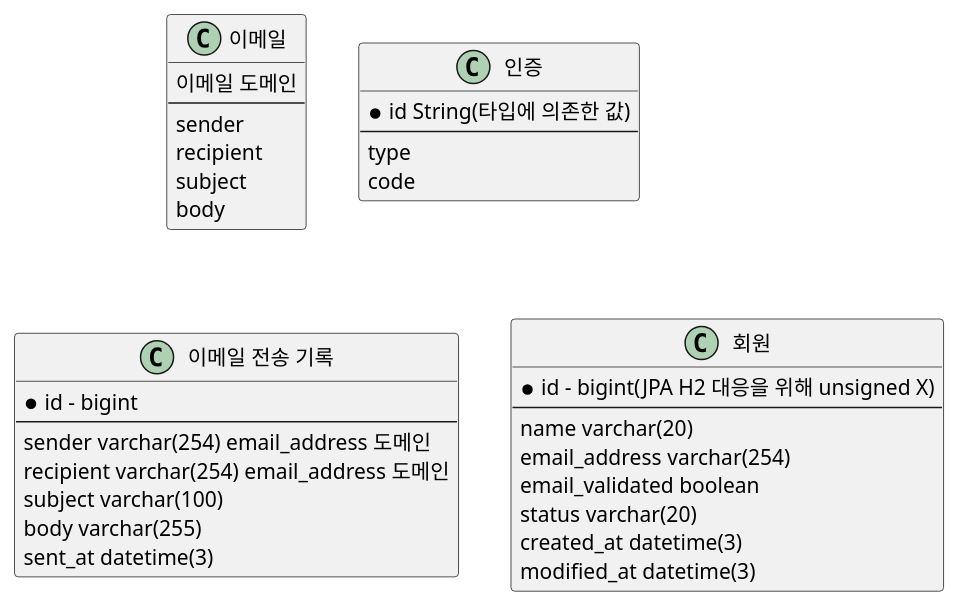
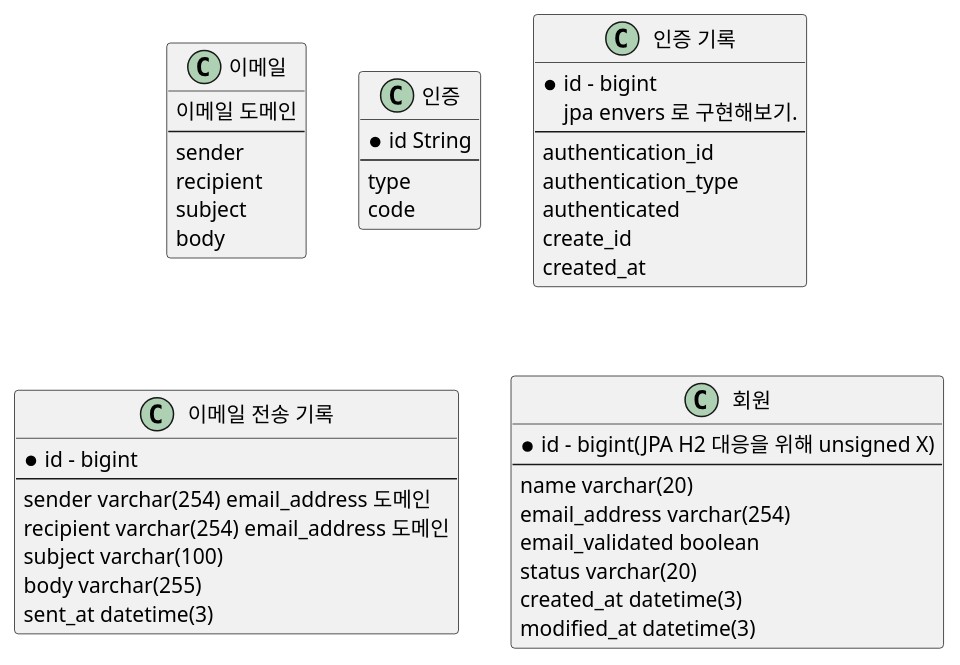
Before and after one commit to dykim-base-project/boot2-hexagonal: the diagram in .uml/Domain.puml, drawn with PlantUML. The commit also changed 21 other files, not shown here.

```diff
--- a/.uml/Domain.puml
+++ b/.uml/Domain.puml
@@ -1,65 +1,76 @@
 @startuml
 
 class "이메일" as email {
     이메일 도메인
     ---
     sender
     recipient
     subject
     body
 }
 
 class "인증" as authentication {
-  * id String(타입에 의존한 값)
+  * id String
   ---
   type
   code
+}
+
+class "인증 기록" as authentication_history {
+  * id - bigint
+  jpa envers 로 구현해보기.
+  ---
+  authentication_id
+  authentication_type
+  authenticated
+  create_id
+  created_at
 }
 
 class "이메일 전송 기록" as email_send_history {
     * id - bigint
     ---
     sender varchar(254) email_address 도메인
     recipient varchar(254) email_address 도메인
     subject varchar(100)
     body varchar(255)
     sent_at datetime(3)
 }
 
 class "회원" as member {
     * id - bigint(JPA H2 대응을 위해 unsigned X)
     ---
     name varchar(20)
     email_address varchar(254)
     email_validated boolean
     status varchar(20)
     created_at datetime(3)
     modified_at datetime(3)
 }
 
 
 'class "권한" {
 '    id
 '    ---
 '    권한 => 이메일_인증, 이메일_미인증, SNS_인증?
 '    스프링 시큐리티로 구현하셨음. 따라가보자.(도메인이 아닌거 같은데 그러면)
 '}
 
 ' TODO: 추후 작업 예정(프론트 없이 가능? 안되면 프론트 이후 작업)
 'class "SNS 인증" {
 '    id
 '    ___
 '    회원 id
 '    SNS 인증 종류
 '    리프레시 토큰 => 리프레시 토큰 만료 시 어떻게? 찾아보자.
 '}
 
 ' TODO: 추후 작업 예정
 'class "회원-권한" {
 '    회원 id
 '    권한 id
 '    ---
 '    굳이 관계 테이블까지?
 '}
 
 @enduml
```
